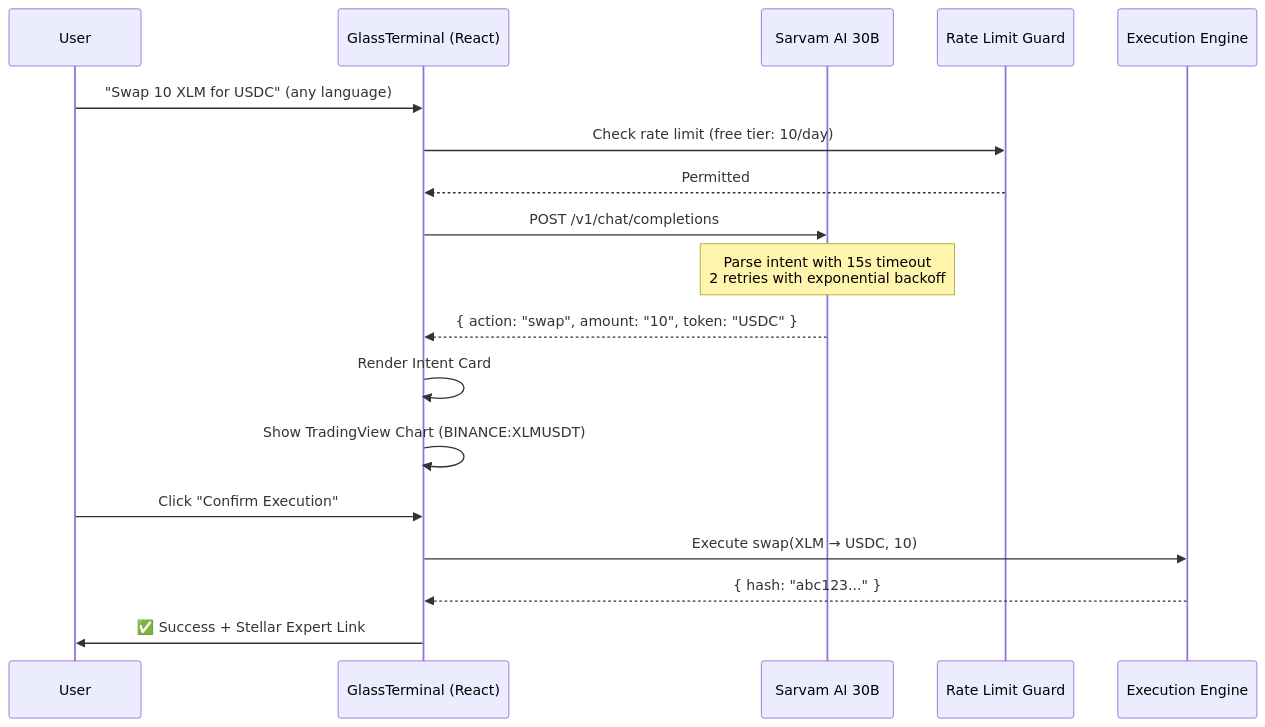
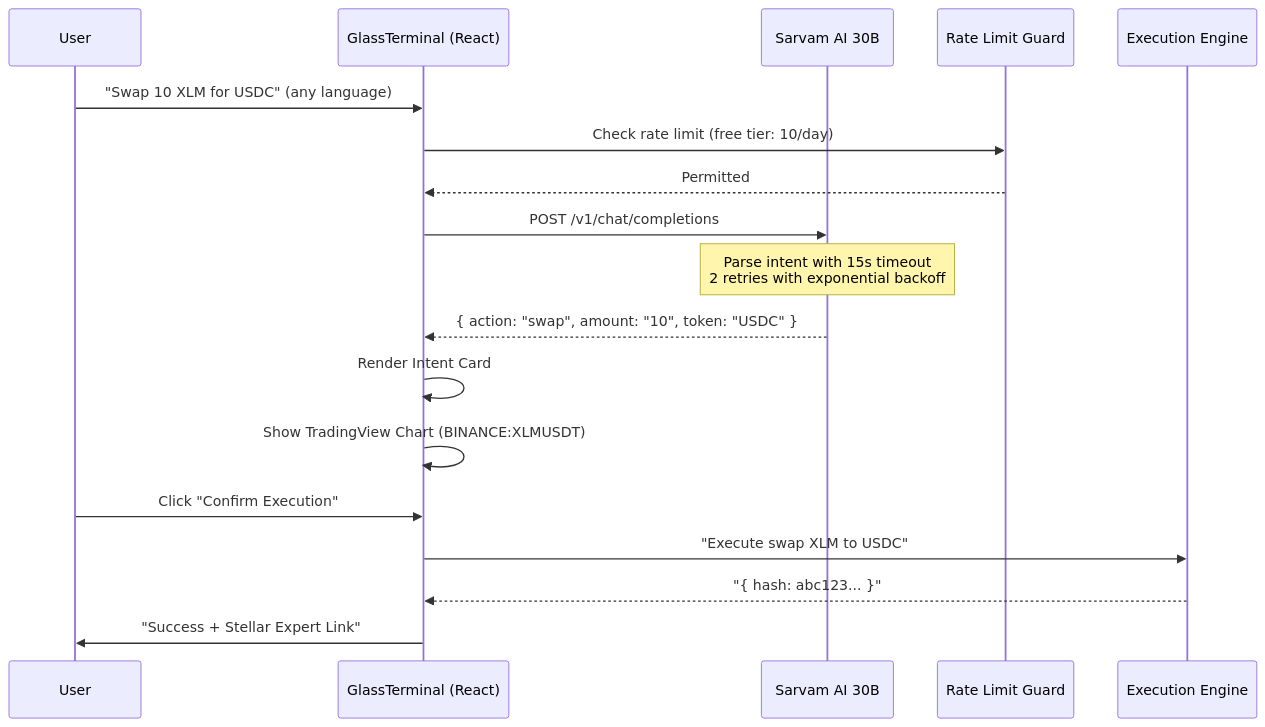
The ninth of 19 diagrams in README.md (Precise-Goals/Spectrav2), drawn with Mermaid before and after one commit. The commit also changed other lines of this file, not shown here.

Commit message:
fix: correct all mermaid diagram syntax errors in README

````diff
--- a/README.md
+++ b/README.md
@@ -284,21 +284,21 @@
 ```mermaid
 sequenceDiagram
     participant U as User
     participant GT as GlassTerminal (React)
     participant SA as Sarvam AI 30B
     participant RL as Rate Limit Guard
     participant EXEC as Execution Engine
 
     U->>GT: "Swap 10 XLM for USDC" (any language)
     GT->>RL: Check rate limit (free tier: 10/day)
     RL-->>GT: Permitted
     GT->>SA: POST /v1/chat/completions
     Note over SA: Parse intent with 15s timeout<br/>2 retries with exponential backoff
     SA-->>GT: { action: "swap", amount: "10", token: "USDC" }
     GT->>GT: Render Intent Card
     GT->>GT: Show TradingView Chart (BINANCE:XLMUSDT)
     U->>GT: Click "Confirm Execution"
-    GT->>EXEC: Execute swap(XLM → USDC, 10)
-    EXEC-->>GT: { hash: "abc123..." }
-    GT->>U: ✅ Success + Stellar Expert Link
+    GT->>EXEC: "Execute swap XLM to USDC"
+    EXEC-->>GT: "{ hash: abc123... }"
+    GT->>U: "Success + Stellar Expert Link"
 ```
````
